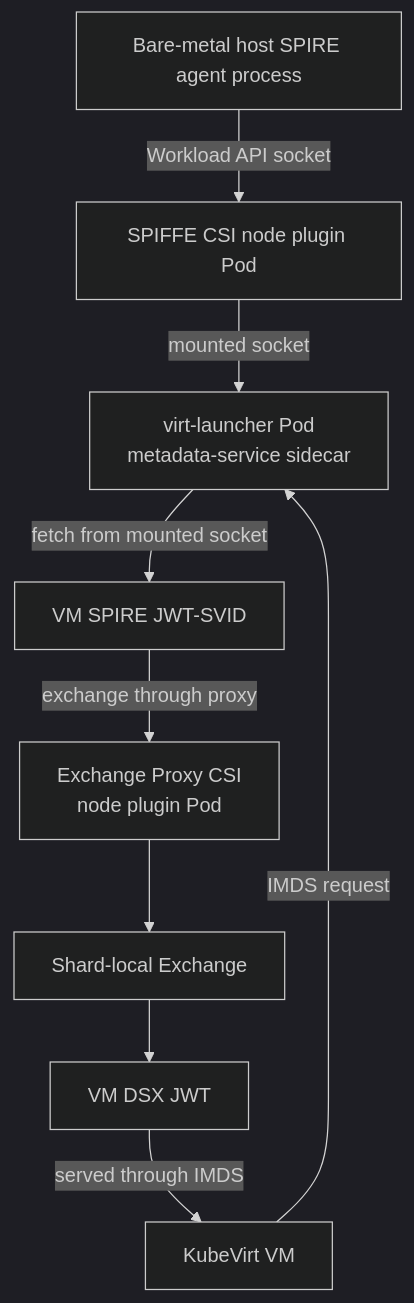
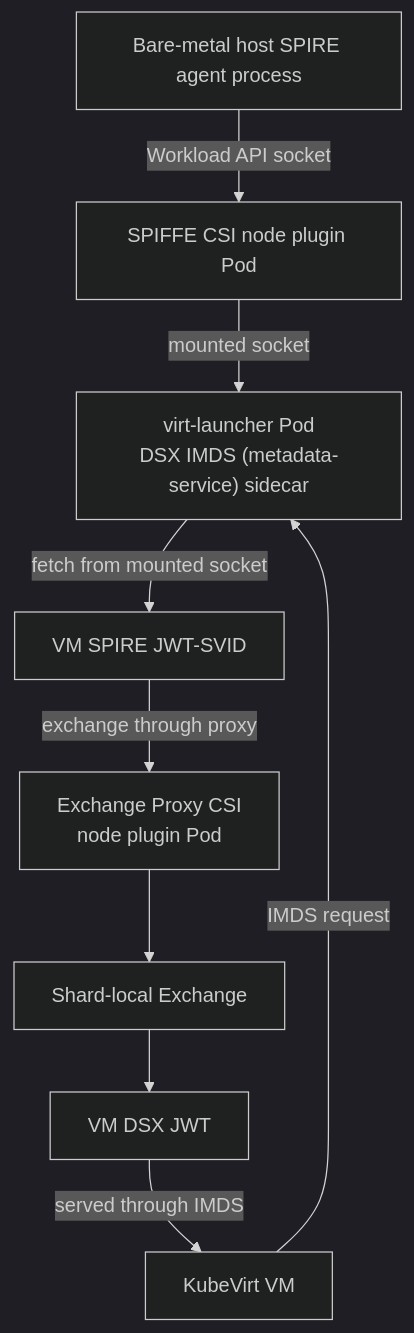
Before and after one commit to dsx-ai-factory/nvidia-workload-identity: the fifth of 10 diagrams in README.md, drawn with Mermaid (dark theme). The commit also changed other lines of this file and 93 other files, not shown here.

````diff
--- a/README.md
+++ b/README.md
@@ -104,20 +319,20 @@
 ```mermaid
 flowchart TB
   HostAgent["Bare-metal host SPIRE agent process"]
   CSI["SPIFFE CSI node plugin Pod"]
-  VMMetadata["virt-launcher Pod<br/>metadata-service sidecar"]
+  VMMetadata["virt-launcher Pod<br/>DSX IMDS (metadata-service) sidecar"]
   Proxy["Exchange Proxy CSI<br/>node plugin Pod"]
   Exchange["Shard-local Exchange"]
   VMJWT["VM SPIRE JWT-SVID"]
   DSXJWT["VM DSX JWT"]
   VM["KubeVirt VM"]
 
   HostAgent -->|"Workload API socket"| CSI
   CSI -->|"mounted socket"| VMMetadata
   VMMetadata -->|"fetch from mounted socket"| VMJWT
   VMJWT -->|"exchange through proxy"| Proxy
   Proxy --> Exchange
   Exchange --> DSXJWT
   VM -->|"IMDS request"| VMMetadata
   DSXJWT -->|"served through IMDS"| VM
 ```
````
